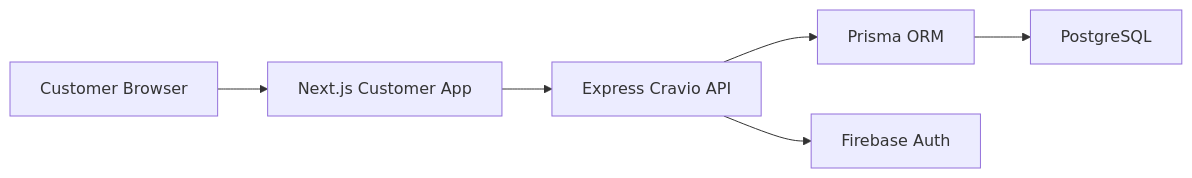
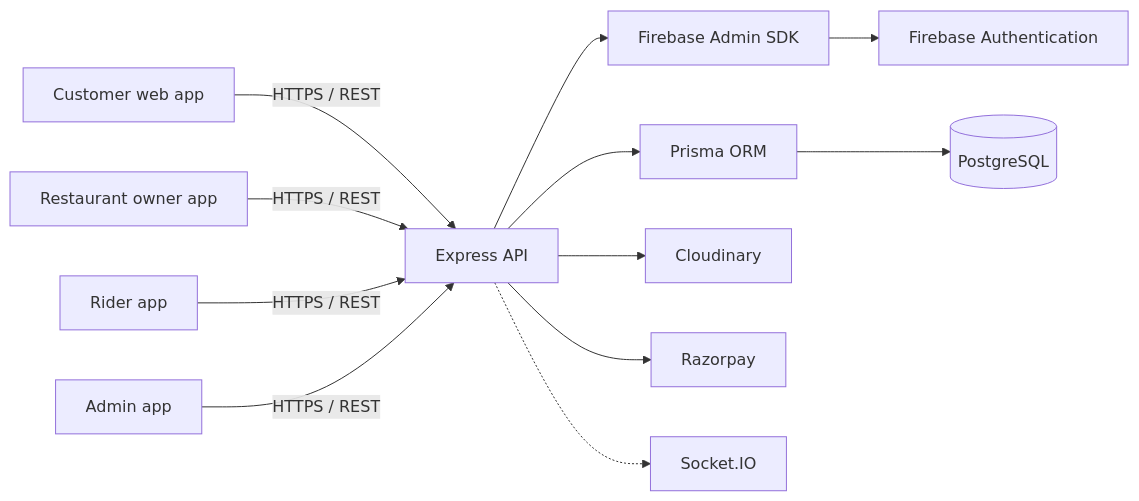
The first of 2 diagrams in README.md (Rohandalal8/Cravio), drawn with Mermaid before and after one commit. The commit also changed other lines of this file and 2 other files, not shown here.

````diff
--- a/README.md
+++ b/README.md
@@ -9,8 +44,16 @@
 ```mermaid
 flowchart LR
-    A[Customer Browser] --> B[Next.js Customer App]
-    B --> C[Express Cravio API]
-    C --> D[Prisma ORM]
-    D --> E[PostgreSQL]
-    C --> F[Firebase Auth]
+    Customer[Customer web app] -->|HTTPS / REST| API[Express API]
+    Restaurant[Restaurant owner app] -->|HTTPS / REST| API
+    Rider[Rider app] -->|HTTPS / REST| API
+    Admin[Admin app] -->|HTTPS / REST| API
+
+    API --> Auth[Firebase Admin SDK]
+    API --> Prisma[Prisma ORM]
+    Prisma --> PostgreSQL[(PostgreSQL)]
+    API --> Cloudinary[Cloudinary]
+    API --> Razorpay[Razorpay]
+    API -.-> SocketIO[Socket.IO]
+
+    Auth --> Firebase[Firebase Authentication]
 ```
````
